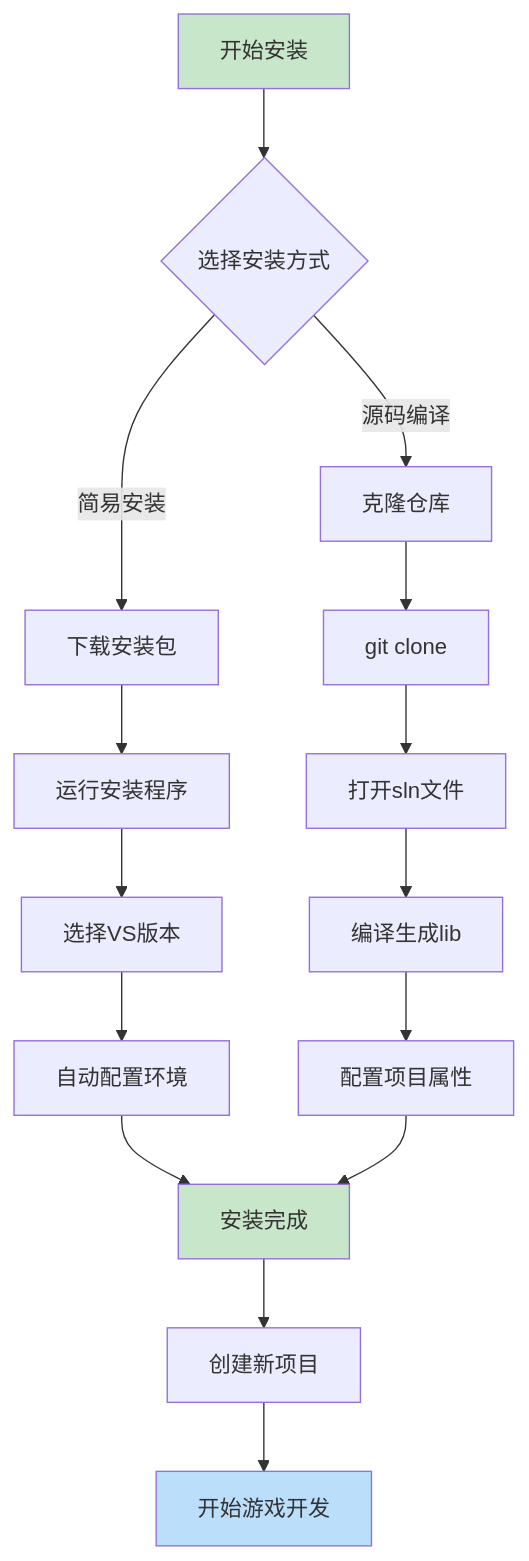
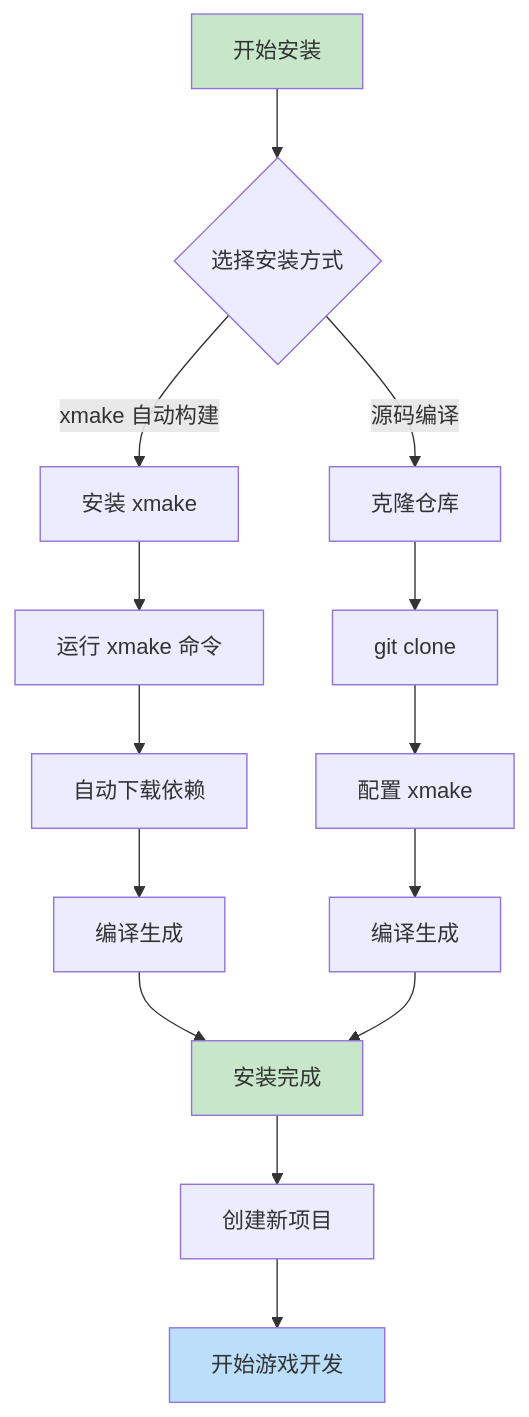
One commit to ChestnutYueyue/Easy2D changed the sixth of 16 diagrams in README.md. Above: the diagram before and after it, drawn with Mermaid. The commit also changed other lines of this file and 2 other files, not shown here.

````diff
--- a/README.md
+++ b/README.md
@@ -189,26 +202,25 @@
 ```mermaid
 flowchart TD
     A[开始安装] --> B{选择安装方式}
     
-    B -->|简易安装| C[下载安装包]
+    B -->|xmake 自动构建| C[安装 xmake]
     B -->|源码编译| D[克隆仓库]
     
-    C --> E[运行安装程序]
-    E --> F[选择VS版本]
-    F --> G[自动配置环境]
+    C --> E[运行 xmake 命令]
+    E --> F[自动下载依赖]
+    F --> G[编译生成]
     
     D --> H[git clone]
-    H --> I[打开sln文件]
-    I --> J[编译生成lib]
-    J --> K[配置项目属性]
+    H --> I[配置 xmake]
+    I --> J[编译生成]
     
     G --> L[安装完成]
-    K --> L
+    J --> L
     
     L --> M[创建新项目]
     M --> N[开始游戏开发]
     
     style A fill:#c8e6c9
     style L fill:#c8e6c9
     style N fill:#bbdefb
 ```
````
